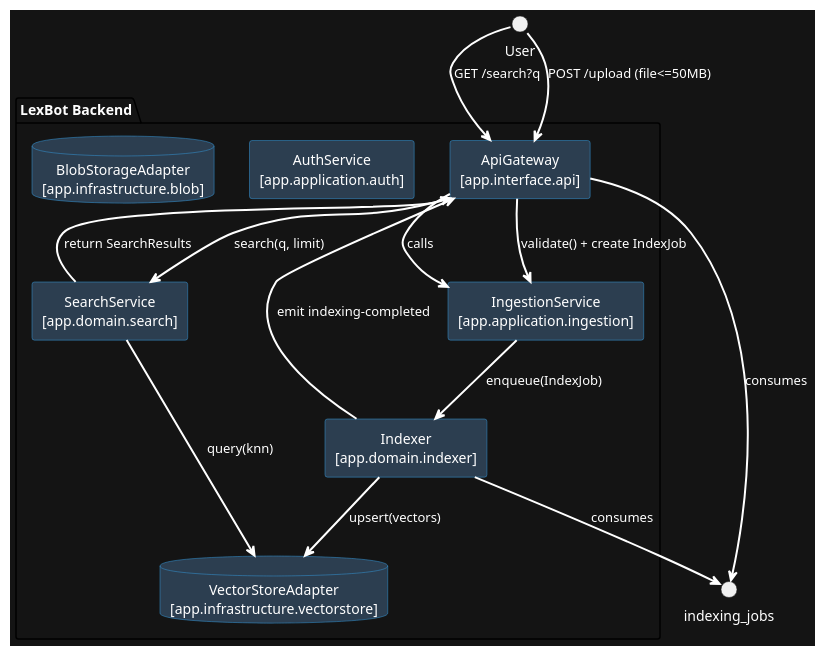
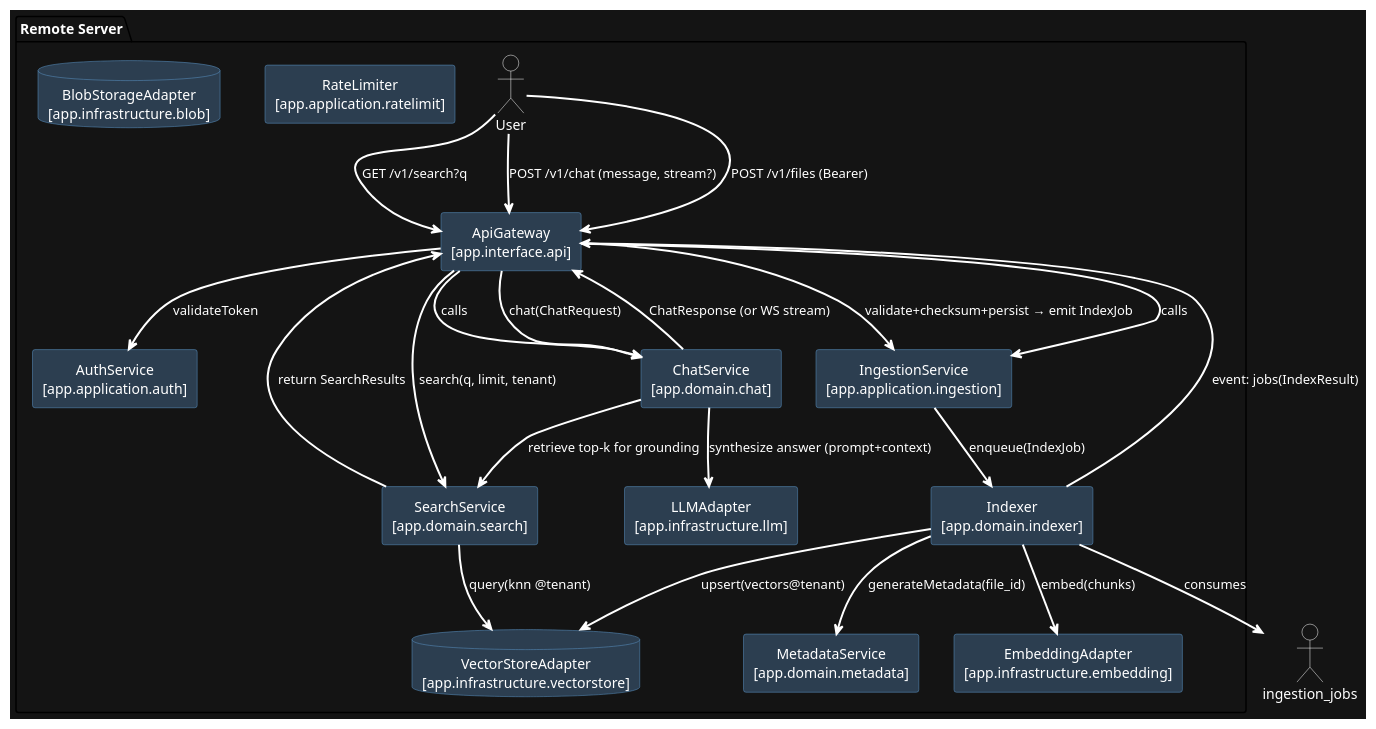
Before and after one commit to vjurcutiu/lbpr1: the diagram in docs/diagrams/c4/c4_plain_dark.puml, drawn with PlantUML. The commit also changed 36 other files, not shown here.

```diff
--- a/docs/diagrams/c4/c4_plain_dark.puml
+++ b/docs/diagrams/c4/c4_plain_dark.puml
@@ -1,46 +1,53 @@
 @startuml
 skinparam backgroundColor #141414
 skinparam defaultFontColor #FFFFFF
 skinparam defaultTextAlignment center
-
-' Components
 skinparam RectangleBackgroundColor #2c3e50
-skinparam RectangleBorderColor #3498db
+skinparam RectangleBorderColor #5b95c7
 skinparam RectangleFontColor #FFFFFF
-
 skinparam DatabaseBackgroundColor #2c3e50
-skinparam DatabaseBorderColor #3498db
+skinparam DatabaseBorderColor #5b95c7
 skinparam DatabaseFontColor #FFFFFF
-
-' Actors
 skinparam ActorBackgroundColor #141414
 skinparam ActorBorderColor #FFFFFF
 skinparam ActorFontColor #FFFFFF
-
-' Relations
 skinparam ArrowColor #FFFFFF
 skinparam ArrowThickness 2
 
-package "LexBot Backend" as LexBot_Backend {
+package "Remote Server" as Remote_Server {
+  actor User
   rectangle "ApiGateway\n[app.interface.api]" as ApiGateway
   rectangle "AuthService\n[app.application.auth]" as AuthService
+  rectangle "RateLimiter\n[app.application.ratelimit]" as RateLimiter
   rectangle "IngestionService\n[app.application.ingestion]" as IngestionService
+  rectangle "MetadataService\n[app.domain.metadata]" as MetadataService
   rectangle "Indexer\n[app.domain.indexer]" as Indexer
   rectangle "SearchService\n[app.domain.search]" as SearchService
+  rectangle "ChatService\n[app.domain.chat]" as ChatService
   database "VectorStoreAdapter\n[app.infrastructure.vectorstore]" as VectorStoreAdapter
+  rectangle "EmbeddingAdapter\n[app.infrastructure.embedding]" as EmbeddingAdapter
+  rectangle "LLMAdapter\n[app.infrastructure.llm]" as LLMAdapter
   database "BlobStorageAdapter\n[app.infrastructure.blob]" as BlobStorageAdapter
 }
 
+ApiGateway --> AuthService : validateToken
+ApiGateway --> ChatService : calls
+ApiGateway --> ChatService : chat(ChatRequest)
 ApiGateway --> IngestionService : calls
-ApiGateway --> IngestionService : validate() + create IndexJob
-ApiGateway --> SearchService : search(q, limit)
-ApiGateway --> indexing_jobs : consumes
-Indexer --> ApiGateway : emit indexing-completed
-Indexer --> VectorStoreAdapter : upsert(vectors)
-Indexer --> indexing_jobs : consumes
+ApiGateway --> IngestionService : validate+checksum+persist → emit IndexJob
+ApiGateway --> SearchService : search(q, limit, tenant)
+ChatService --> ApiGateway : ChatResponse (or WS stream)
+ChatService --> LLMAdapter : synthesize answer (prompt+context)
+ChatService --> SearchService : retrieve top-k for grounding
+Indexer --> ApiGateway : event: jobs(IndexResult)
+Indexer --> EmbeddingAdapter : embed(chunks)
+Indexer --> MetadataService : generateMetadata(file_id)
+Indexer --> VectorStoreAdapter : upsert(vectors@tenant)
+Indexer --> ingestion_jobs : consumes
 IngestionService --> Indexer : enqueue(IndexJob)
 SearchService --> ApiGateway : return SearchResults
-SearchService --> VectorStoreAdapter : query(knn)
-User --> ApiGateway : GET /search?q
-User --> ApiGateway : POST /upload (file<=50MB)
+SearchService --> VectorStoreAdapter : query(knn @tenant)
+User --> ApiGateway : GET /v1/search?q
+User --> ApiGateway : POST /v1/chat (message, stream?)
+User --> ApiGateway : POST /v1/files (Bearer)
 @enduml
```
